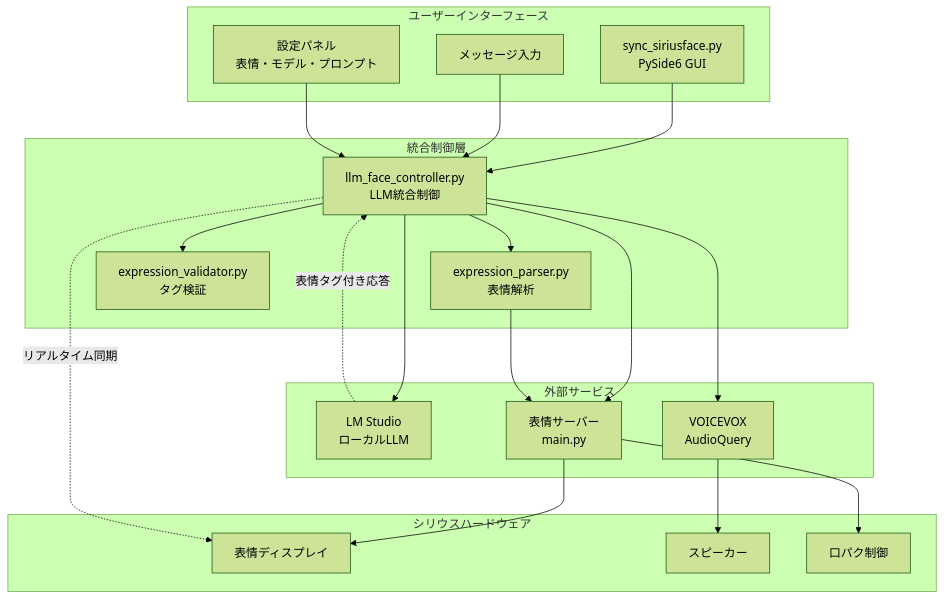
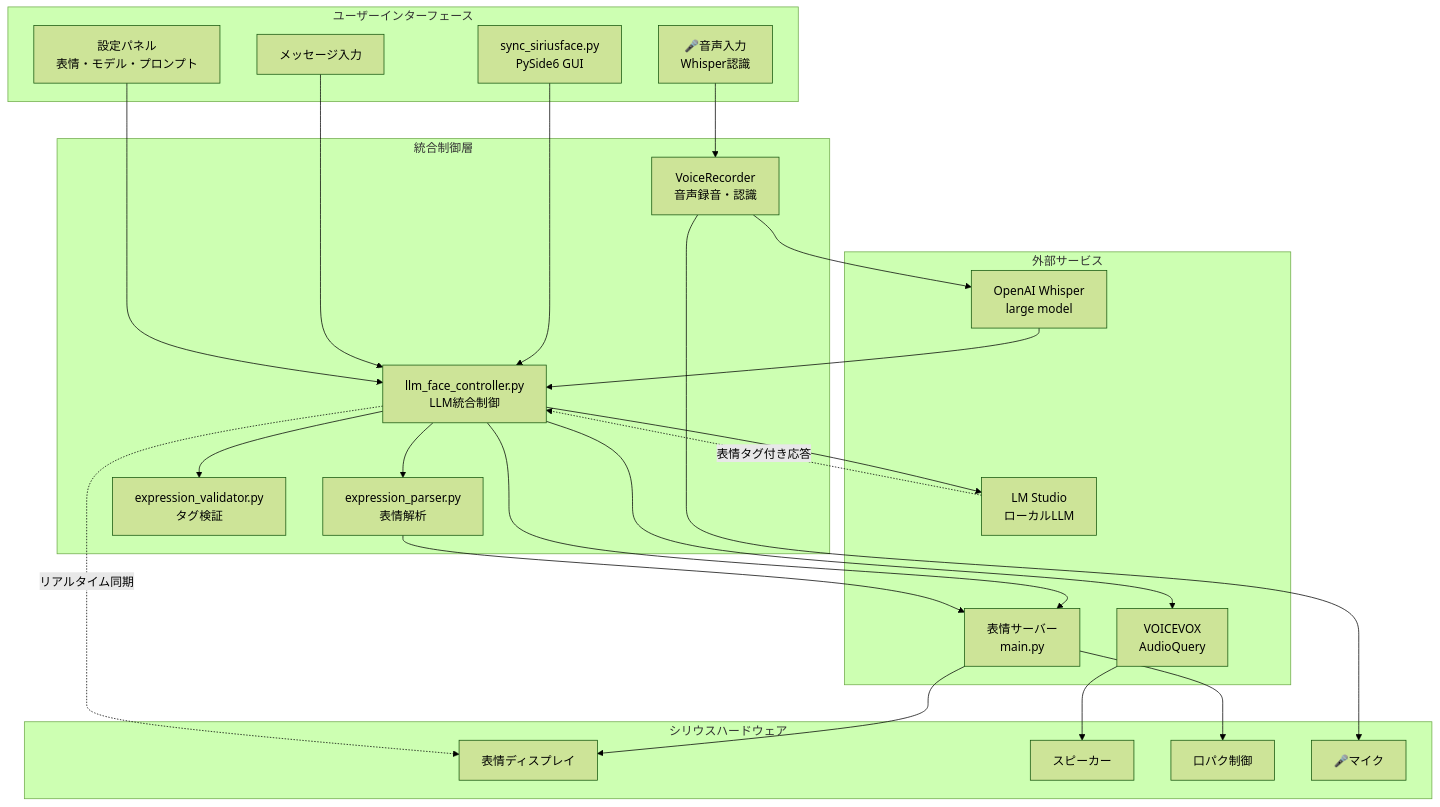
Before and after one commit to YakiFrog/LocalLLM_Test: the first of 11 diagrams in README.md, drawn with Mermaid (forest theme). The commit also changed other lines of this file and 2 other files, not shown here.

````diff
--- a/README.md
+++ b/README.md
@@ -64,44 +81,52 @@
 ```mermaid
 graph TB
     subgraph "ユーザーインターフェース"
         UI[sync_siriusface.py<br/>PySide6 GUI]
         Input[メッセージ入力]
+        Voice[🎤音声入力<br/>Whisper認識]
         Settings[設定パネル<br/>表情・モデル・プロンプト]
     end
     
     subgraph "統合制御層"
         Controller[llm_face_controller.py<br/>LLM統合制御]
         Parser[expression_parser.py<br/>表情解析]
         Validator[expression_validator.py<br/>タグ検証]
+        VoiceRecorder[VoiceRecorder<br/>音声録音・認識]
     end
     
     subgraph "外部サービス"
         LM[LM Studio<br/>ローカルLLM]
-        Voice[VOICEVOX<br/>AudioQuery]
+        Voice_API[VOICEVOX<br/>AudioQuery]
         Face[表情サーバー<br/>main.py]
+        Whisper[OpenAI Whisper<br/>large model]
     end
     
     subgraph "シリウスハードウェア"
         Display[表情ディスプレイ]
         Speaker[スピーカー]
         Mouth[口パク制御]
+        Microphone[🎤マイク]
     end
     
     UI --> Controller
     Input --> Controller
+    Voice --> VoiceRecorder
+    VoiceRecorder --> Whisper
+    Whisper --> Controller
     Settings --> Controller
     
     Controller --> LM
-    Controller --> Voice
+    Controller --> Voice_API
     Controller --> Face
     Controller --> Parser
     Controller --> Validator
     
     Parser --> Face
-    Voice --> Speaker
+    Voice_API --> Speaker
     Face --> Display
     Face --> Mouth
+    VoiceRecorder --> Microphone
     
     LM -.->|表情タグ付き応答| Controller
     Controller -.->|リアルタイム同期| Display
 ```
````
